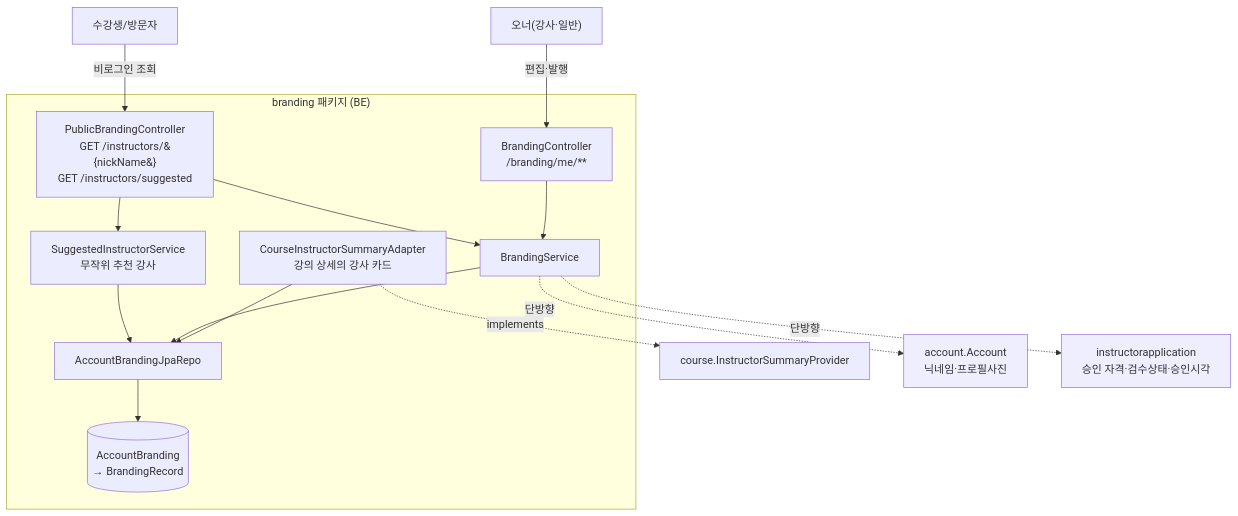
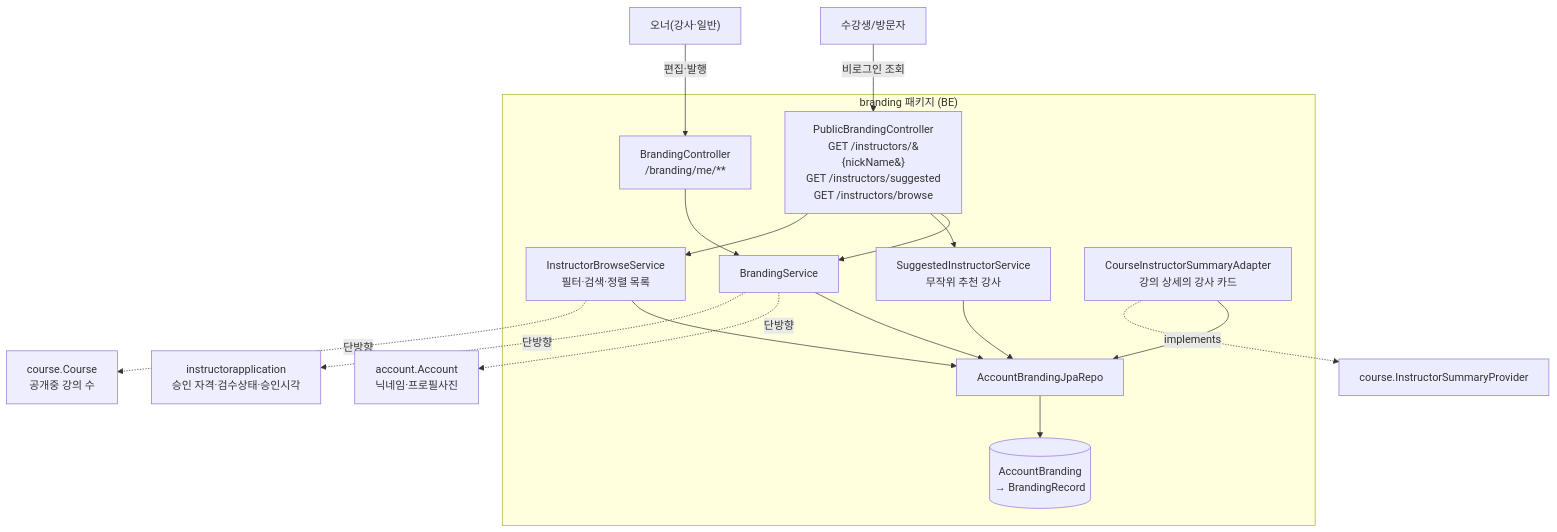
Before and after one commit to pungdong/Pungdong-Backend: the first of 4 diagrams in docs/architecture/branding.md, drawn with Mermaid. The commit also changed other lines of this file and 23 other files, not shown here.

````diff
--- a/docs/architecture/branding.md
+++ b/docs/architecture/branding.md
@@ -11,20 +11,23 @@
 ```mermaid
 flowchart TB
   subgraph branding["branding 패키지 (BE)"]
-    PBC[PublicBrandingController<br/>GET /instructors/&#123;nickName&#125;<br/>GET /instructors/suggested] --> BS[BrandingService]
+    PBC[PublicBrandingController<br/>GET /instructors/&#123;nickName&#125;<br/>GET /instructors/suggested<br/>GET /instructors/browse] --> BS[BrandingService]
     PBC --> SIS[SuggestedInstructorService<br/>무작위 추천 강사]
+    PBC --> IBS[InstructorBrowseService<br/>필터·검색·정렬 목록]
     SIS --> BR
+    IBS --> BR
     BC[BrandingController<br/>/branding/me/**] --> BS
     BS --> BR[AccountBrandingJpaRepo]
     BR --> E[(AccountBranding<br/>→ BrandingRecord)]
     CISA[CourseInstructorSummaryAdapter<br/>강의 상세의 강사 카드] --> BR
   end
   CISA -. implements .-> ISP[course.InstructorSummaryProvider]
   BS -. 단방향 .-> ACC[account.Account<br/>닉네임·프로필사진]
   BS -. 단방향 .-> IA[instructorapplication<br/>승인 자격·검수상태·승인시각]
+  IBS -. 단방향 .-> CO[course.Course<br/>공개중 강의 수]
   FE["수강생/방문자"] -- "비로그인 조회" --> PBC
   FE2["오너(강사·일반)"] -- "편집·발행" --> BC
 
   classDef ext fill:#eef
-  class ACC,IA ext
+  class ACC,IA,CO ext
 ```
````
